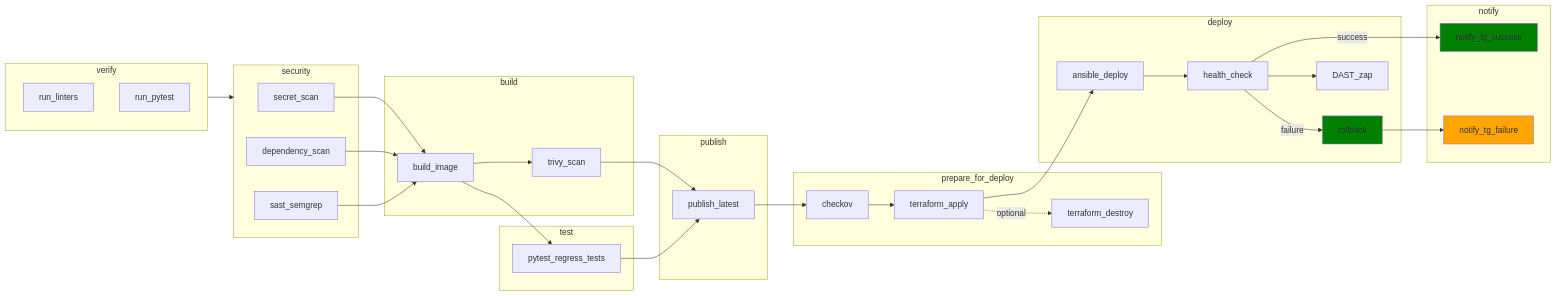
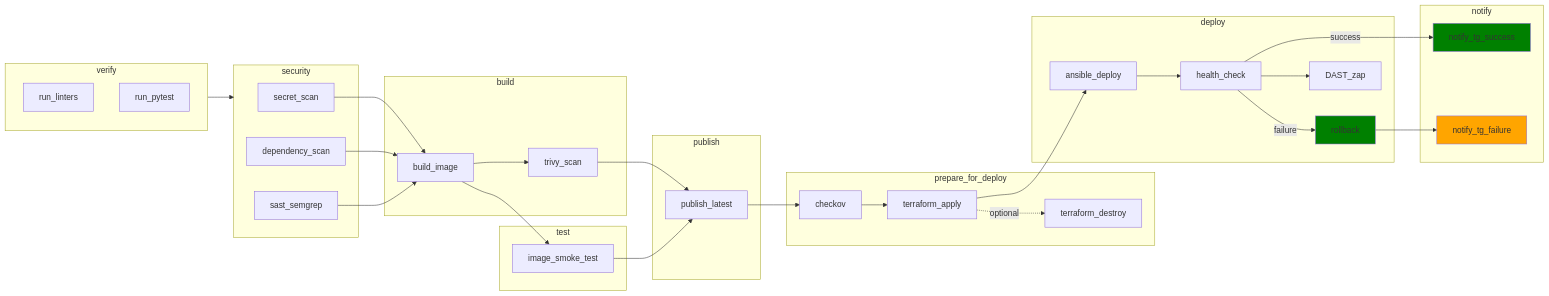
Before and after one commit to AlexeyKuzko/devops_diploma: the first of 2 diagrams in README.md, drawn with Mermaid. The commit also changed other lines of this file and 3 other files, not shown here.

````diff
--- a/README.md
+++ b/README.md
@@ -62,66 +71,66 @@
 ```mermaid
 flowchart LR
     subgraph Stage_Verify ["verify"]
         A1[run_linters]
         A2[run_pytest]
     end
 
     subgraph Stage_Security ["security"]
         S1[secret_scan]
         S2[dependency_scan]
         S3[sast_semgrep]
     end
 
     subgraph Stage_Build ["build"]
         B1[build_image]
         B2[trivy_scan]
     end
 
     subgraph Stage_Test ["test"]
-        T1[pytest_regress_tests]
+        T1[image_smoke_test]
     end
 
     subgraph Stage_Publish ["publish"]
         P1[publish_latest]
     end
 
     subgraph Stage_Prepare ["prepare_for_deploy"]
         C1[checkov]
         C2[terraform_apply<br/>]
         C3[terraform_destroy<br/>]
     end
 
     subgraph Stage_Deploy ["deploy"]
         D1[ansible_deploy]
         D2[health_check]
         D3[rollback]
         D4[DAST_zap]
     end
 
     subgraph Stage_Notify ["notify"]
         E1[notify_tg_success]
         E2[notify_tg_failure]
     end
 
     Stage_Verify --> Stage_Security
     S1 --> B1
     S2 --> B1
     S3 --> B1
     B1 --> B2
     B1 --> T1
     B2 --> P1
     T1 --> P1
     P1 --> C1
     C1 --> C2
     C2 -. optional .-> C3
     C2 --> D1
     D1 --> D2
     D2 --> D4
     D2 -->|success| E1
     D2 -->|failure| D3
     D3 --> E2
 
     style D3 fill:green
     style E1 fill:green
     style E2 fill:orange
 ```
````
